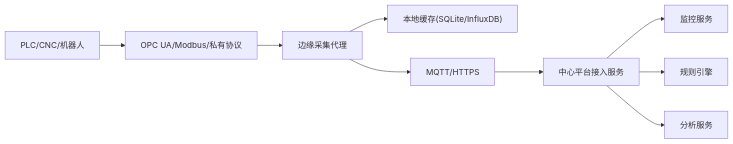
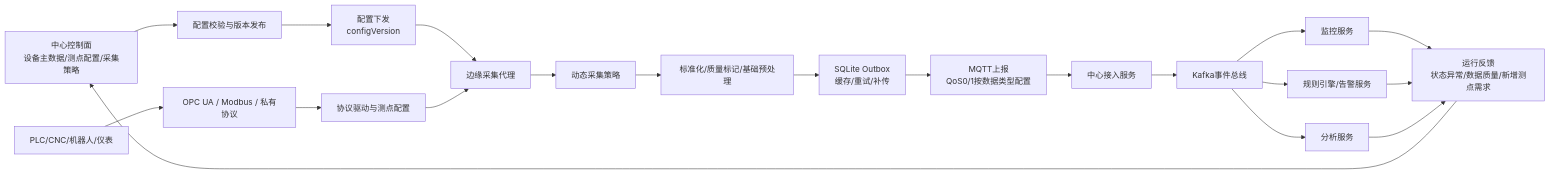
Before and after one commit to dptdptdpt1/26_jgs_lw: the diagram in 技术到场景/04_边缘计算与数据采集.md, drawn with Mermaid. The commit also changed other lines of this file and 8 other files, not shown here.

````diff
--- a/技术到场景/04_边缘计算与数据采集.md
+++ b/技术到场景/04_边缘计算与数据采集.md
@@ -162,11 +333,22 @@
 ```mermaid
 flowchart LR
-    A["PLC/CNC/机器人"] --> B["OPC UA/Modbus/私有协议"]
-    B --> C["边缘采集代理"]
-    C --> D["本地缓存(SQLite/InfluxDB)"]
-    C --> E["MQTT/HTTPS"]
-    E --> F["中心平台接入服务"]
-    F --> G["监控服务"]
-    F --> H["规则引擎"]
-    F --> I["分析服务"]
+    O["中心控制面<br/>设备主数据/测点配置/采集策略"] --> P["配置校验与版本发布"]
+    P --> Q["配置下发<br/>configVersion"]
+    Q --> D["边缘采集代理<br/>本地校验/热加载/回退"]
+    A["PLC/CNC/机器人/仪表"] --> B["OPC UA / Modbus / 私有协议"]
+    B --> C["协议驱动与测点配置"]
+    C --> D["边缘采集代理"]
+    D --> N["动态采集策略"]
+    N --> F["标准化/质量标记/基础预处理"]
+    F --> E["SQLite Outbox<br/>缓存/重试/补传"]
+    E --> G["MQTT上报<br/>QoS0/1按数据类型配置"]
+    G --> H["中心接入服务"]
+    H --> I["Kafka事件总线"]
+    I --> J["监控服务"]
+    I --> K["规则引擎/告警服务"]
+    I --> L["分析服务"]
+    J --> M["运行反馈<br/>状态异常/数据质量/新增测点需求"]
+    K --> M
+    L --> M
+    M --> O
 ```
````
